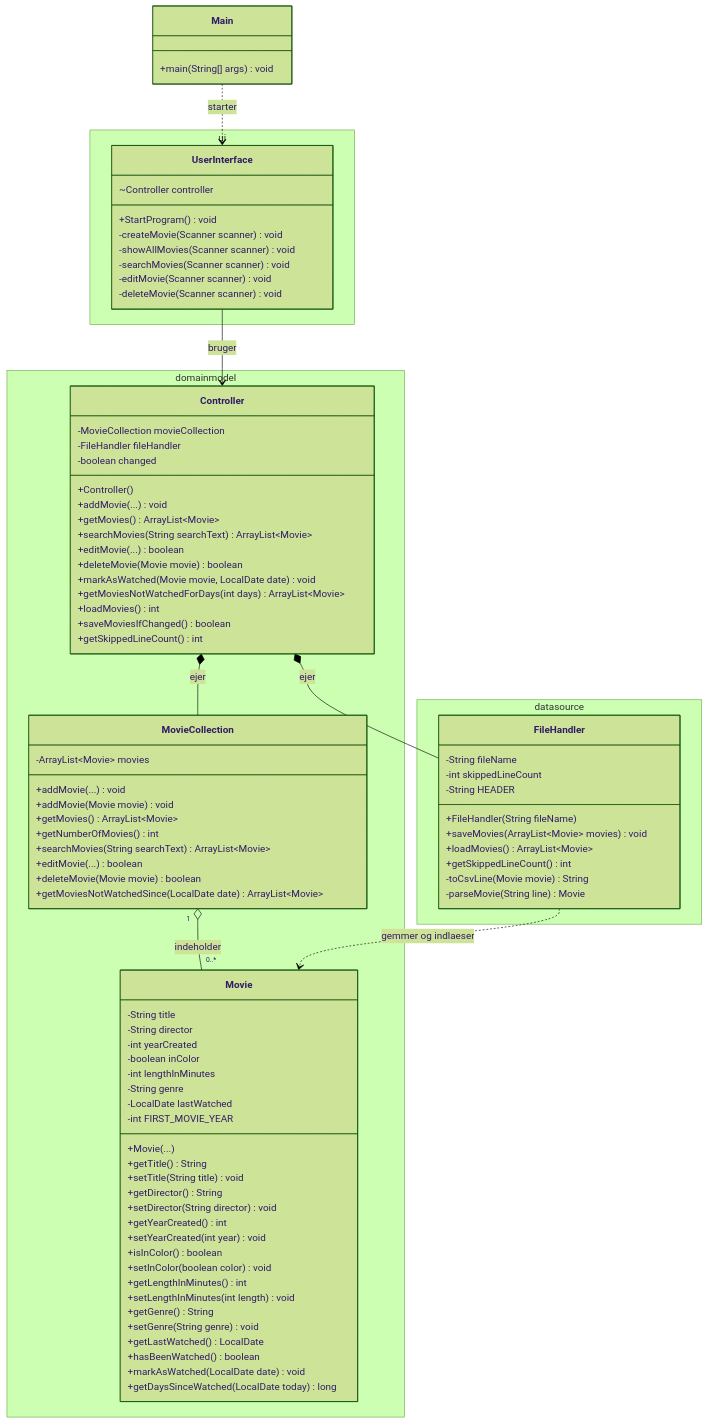
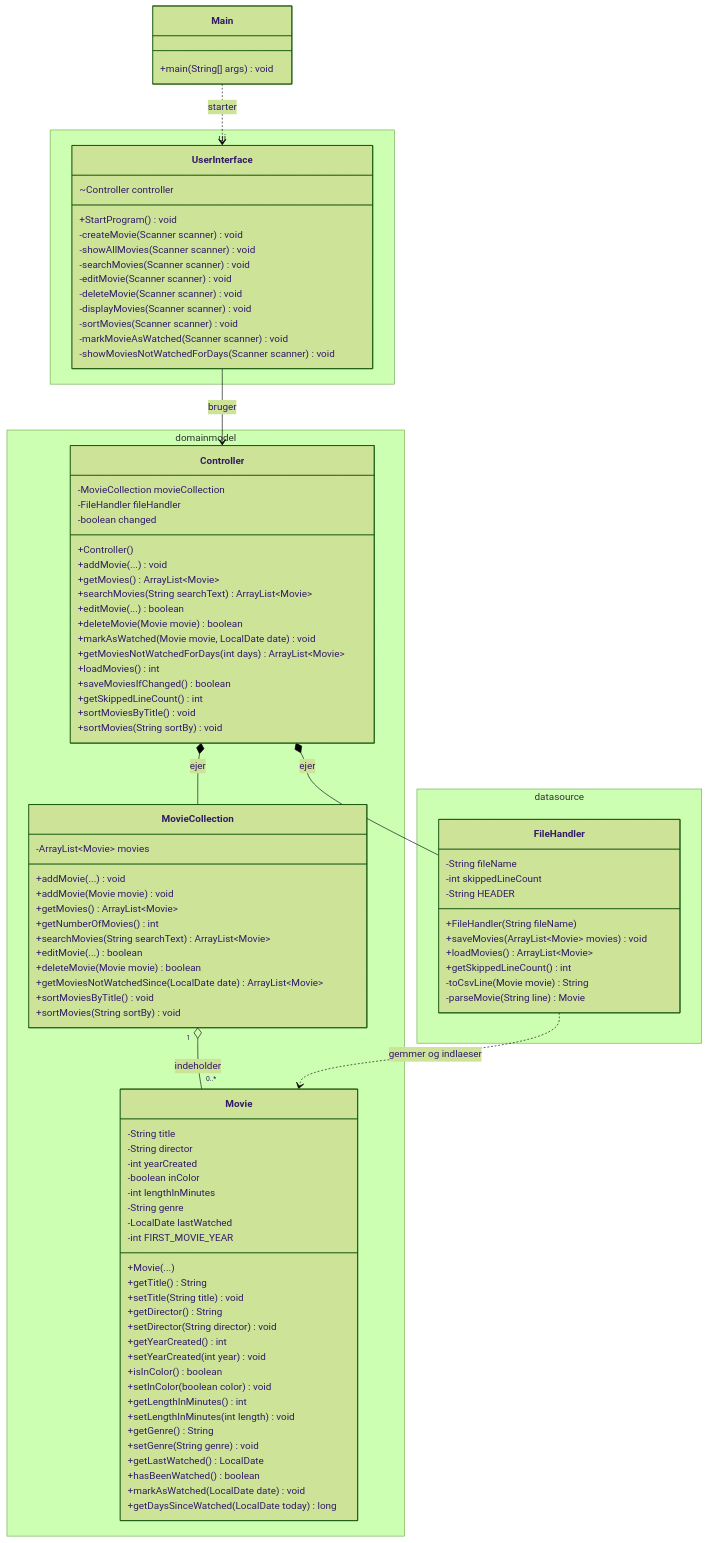
Before and after one commit to DAT-GBG-E26B-Group2/Filmsamling: the diagram in docs/klassediagram.md, drawn with Mermaid (forest theme). The commit also changed other lines of this file and 2 other files, not shown here.

Commit message:
Add watched movie features and update documentation

```diff
--- a/docs/klassediagram.md
+++ b/docs/klassediagram.md
@@ -19,6 +19,10 @@
             -searchMovies(Scanner scanner) void
             -editMovie(Scanner scanner) void
             -deleteMovie(Scanner scanner) void
+            -displayMovies(Scanner scanner) void
+            -sortMovies(Scanner scanner) void
+            -markMovieAsWatched(Scanner scanner) void
+            -showMoviesNotWatchedForDays(Scanner scanner) void
         }
     }
 
@@ -38,6 +42,8 @@
             +loadMovies() int
             +saveMoviesIfChanged() boolean
             +getSkippedLineCount() int
+            +sortMoviesByTitle() void
+            +sortMovies(String sortBy) void
         }
 
         class MovieCollection {
@@ -50,6 +56,8 @@
             +editMovie(...) boolean
             +deleteMovie(Movie movie) boolean
             +getMoviesNotWatchedSince(LocalDate date) ArrayList~Movie~
+            +sortMoviesByTitle() void
+            +sortMovies(String sortBy) void
         }
 
         class Movie {
```
